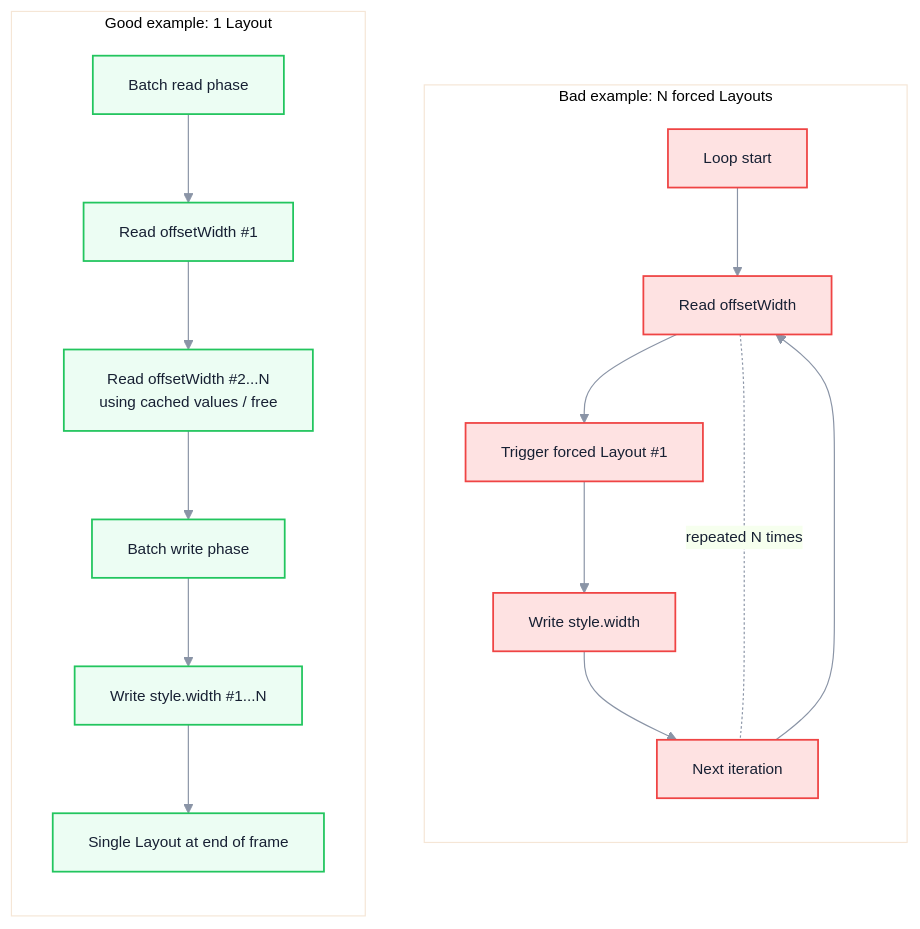
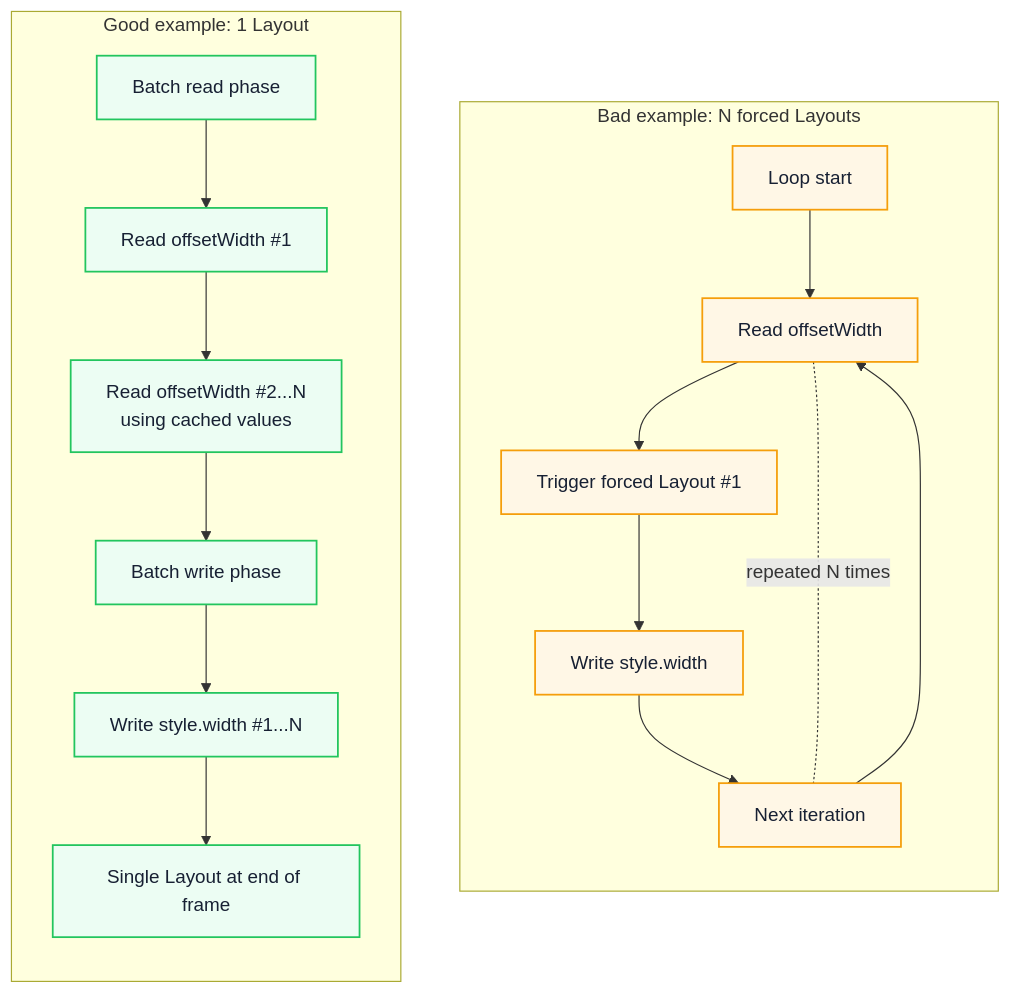
One commit to Fatejian/frontier-vault changed the second of 2 diagrams in docs/en/browser/layout-thrashing.md. Above: the diagram before and after it, drawn with Mermaid. The commit also changed other lines of this file and 41 other files, not shown here.

````diff
--- a/docs/en/browser/layout-thrashing.md
+++ b/docs/en/browser/layout-thrashing.md
@@ -225,28 +202,27 @@
 ```mermaid
-%%{init: {'theme': 'base', 'themeVariables': { 'fontFamily': 'Inter, -apple-system, BlinkMacSystemFont, sans-serif', 'primaryColor': '#EEF6FF', 'fontSize': '13px', 'primaryTextColor': '#172033', 'primaryBorderColor': '#6EA8FE', 'lineColor': '#8A94A6'}}}%%
 flowchart TB
     subgraph Bad["Bad example: N forced Layouts"]
         direction TB
         B1[Loop start] --> B2[Read offsetWidth]
         B2 --> B3[Trigger forced Layout #1]
         B3 --> B4[Write style.width]
         B4 --> B5[Next iteration]
         B5 --> B2
         B2 -. repeated N times .- B5
     end
 
     subgraph Good["Good example: 1 Layout"]
         direction TB
         G1[Batch read phase] --> G2[Read offsetWidth #1]
-        G2 --> G3["Read offsetWidth #2...N<br/>using cached values / free"]
+        G2 --> G3["Read offsetWidth #2...N<br/>using cached values"]
         G3 --> G4[Batch write phase]
         G4 --> G5[Write style.width #1...N]
         G5 --> G6[Single Layout at end of frame]
     end
 
-    classDef bad fill:#FEE2E2,stroke:#EF4444,color:#172033,stroke-width:1.5px;
-    classDef good fill:#ECFDF3,stroke:#22C55E,color:#172033,stroke-width:1.5px;
+    classDef block fill:#FFF7E6,stroke:#F59E0B,color:#172033,stroke-width:1.5px;
+    classDef work fill:#ECFDF3,stroke:#22C55E,color:#172033,stroke-width:1.5px;
 
-    class B1,B2,B3,B4,B5 bad;
-    class G1,G2,G3,G4,G5,G6 good;
+    class B1,B2,B3,B4,B5 block;
+    class G1,G2,G3,G4,G5,G6 work;
 ```
````
